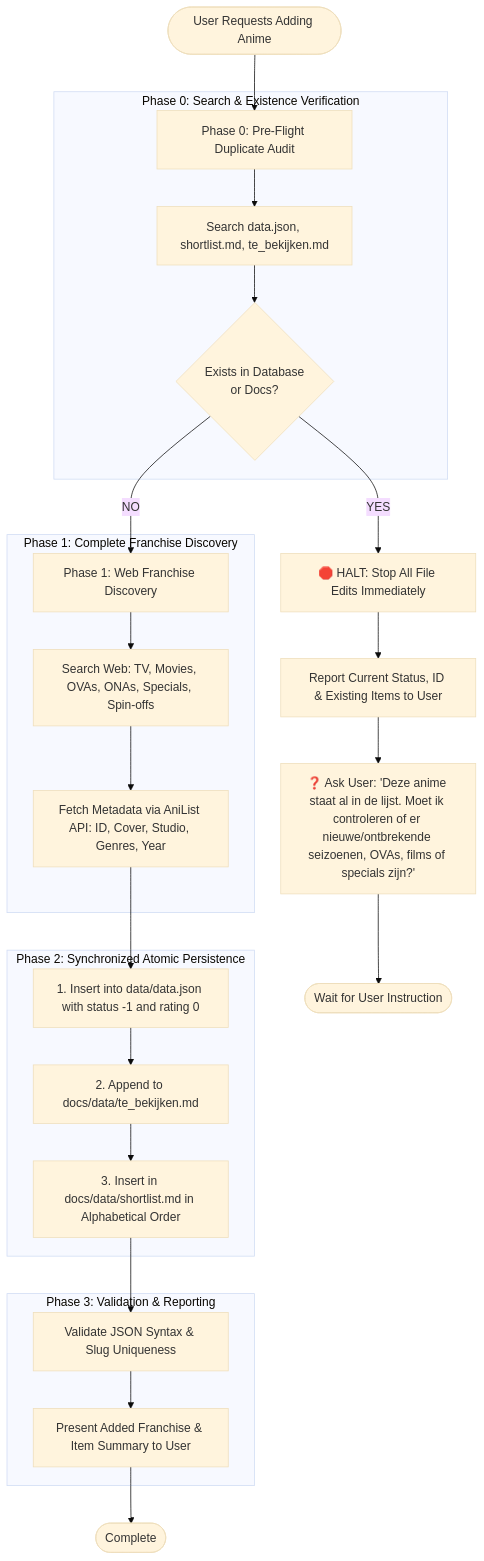
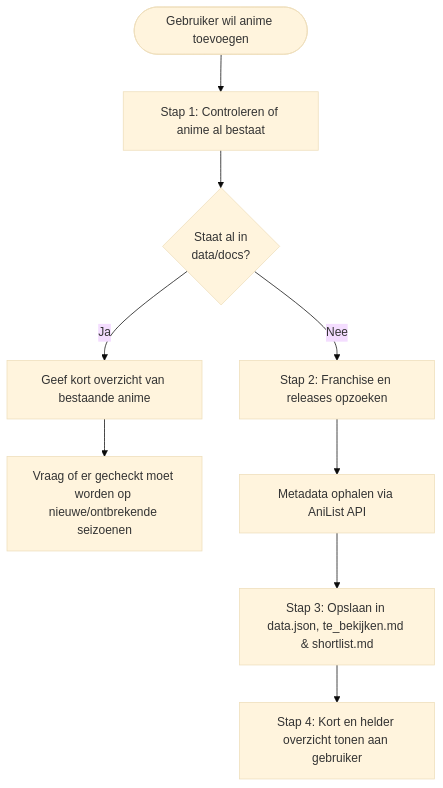
The diagram in .agents/skills/anime-adder/SKILL.md (kenjikellens/anime-tracker), drawn with Mermaid (base theme) before and after one commit. The commit also changed other lines of this file and 1 other file, not shown here.

Commit message:
feat: add anime-adder and anime-checker skills

````diff
--- a/.agents/skills/anime-adder/SKILL.md
+++ b/.agents/skills/anime-adder/SKILL.md
@@ -15,36 +22,16 @@
 ```mermaid
 flowchart TD
-    Start([User Requests Adding Anime]) --> P0[Phase 0: Pre-Flight Duplicate Audit]
+    Start([Gebruiker wil anime toevoegen]) --> Check[Stap 1: Controleren of anime al bestaat]
     
-    subgraph Phase0 [Phase 0: Search & Existence Verification]
-        P0 --> S1[Search data.json, shortlist.md, te_bekijken.md]
-        S1 --> S2{Exists in Database\nor Docs?}
-    end
-
-    %% Existing Branch
-    S2 -- YES --> Halt[🛑 HALT: Stop All File Edits Immediately]
-    Halt --> Report[Report Current Status, ID & Existing Items to User]
-    Report --> PromptUser[❓ Ask User: 'Deze anime staat al in de lijst. Moet ik controleren of er nieuwe/ontbrekende seizoenen, OVAs, films of specials zijn?']
-    PromptUser --> EndHalt([Wait for User Instruction])
-
-    %% New Anime Branch
-    S2 -- NO --> P1[Phase 1: Web Franchise Discovery]
+    Check --> Exists{Staat al in\ndata/docs?}
     
-    subgraph Phase1 [Phase 1: Complete Franchise Discovery]
-        P1 --> F1[Search Web: TV, Movies, OVAs, ONAs, Specials, Spin-offs]
-        F1 --> F2[Fetch Metadata via AniList API: ID, Cover, Studio, Genres, Year]
-    end
-
-    subgraph Phase2 [Phase 2: Synchronized Atomic Persistence]
-        F2 --> W1[1. Insert into data/data.json with status -1 and rating 0]
-        W1 --> W2[2. Append to docs/data/te_bekijken.md]
-        W2 --> W3[3. Insert in docs/data/shortlist.md in Alphabetical Order]
-    end
-
-    subgraph Phase3 [Phase 3: Validation & Reporting]
-        W3 --> V1[Validate JSON Syntax & Slug Uniqueness]
-        V1 --> RepDone[Present Added Franchise & Item Summary to User]
-    end
-
-    RepDone --> Success([Complete])
+    %% Al aanwezig
+    Exists -- Ja --> ReportExisting[Geef kort overzicht van bestaande anime]
+    ReportExisting --> AskCheck[Vraag of er gecheckt moet worden op nieuwe/ontbrekende seizoenen]
+    
+    %% Nieuwe anime
+    Exists -- Nee --> Discover[Stap 2: Franchise en releases opzoeken]
+    Discover --> AniList[Metadata ophalen via AniList API]
+    AniList --> SaveData[Stap 3: Opslaan in data.json, te_bekijken.md & shortlist.md]
+    SaveData --> Summary[Stap 4: Kort en helder overzicht tonen aan gebruiker]
 ```
````
